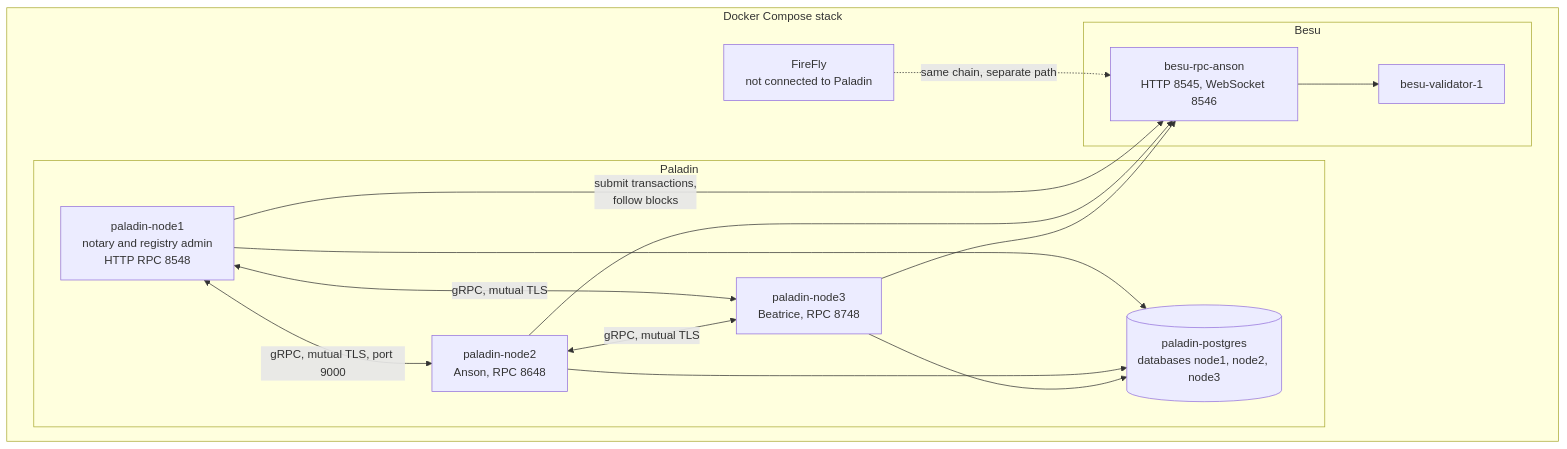
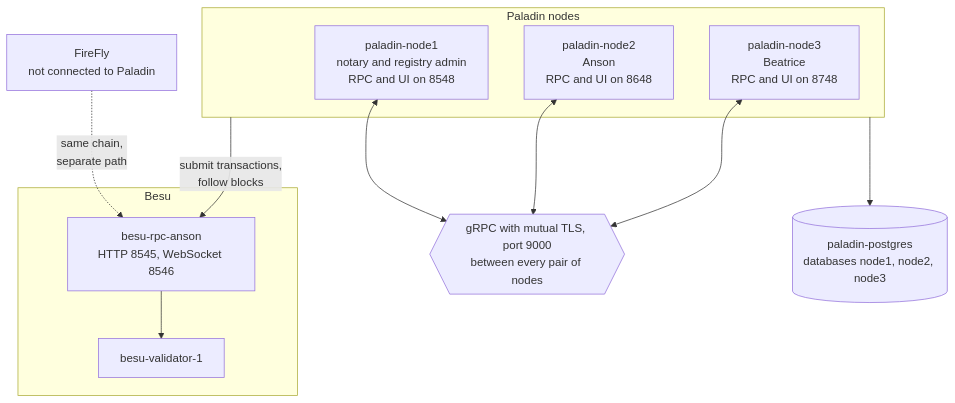
Before and after one commit to hohowin/besu-with-firefly: the first of 3 diagrams in docs/paladin-guide.md, drawn with Mermaid. The commit also changed other lines of this file and 9 other files, not shown here.

Commit message:
feat: Paladin UI on by default; Paladin guide diagrams fixed and Zeto/Pente added; Paladin domains document

````diff
--- a/docs/paladin-guide.md
+++ b/docs/paladin-guide.md
@@ -45,28 +64,23 @@
 ```mermaid
 flowchart TB
-  subgraph Host["Docker Compose stack"]
-    subgraph PAL["Paladin"]
-      N1["paladin-node1<br/>notary and registry admin<br/>HTTP RPC 8548"]
-      N2["paladin-node2<br/>Anson, RPC 8648"]
-      N3["paladin-node3<br/>Beatrice, RPC 8748"]
-      PG[("paladin-postgres<br/>databases node1, node2, node3")]
-    end
-    subgraph CHAIN["Besu"]
-      RPC["besu-rpc-anson<br/>HTTP 8545, WebSocket 8546"]
-      VAL["besu-validator-1"]
-    end
-    FF["FireFly<br/>not connected to Paladin"]
+  subgraph PAL["Paladin nodes"]
+    N1["paladin-node1<br/>notary and registry admin<br/>RPC and UI on 8548"]
+    N2["paladin-node2<br/>Anson<br/>RPC and UI on 8648"]
+    N3["paladin-node3<br/>Beatrice<br/>RPC and UI on 8748"]
   end
+  MESH{{"gRPC with mutual TLS, port 9000<br/>between every pair of nodes"}}
+  PG[("paladin-postgres<br/>databases node1, node2, node3")]
+  subgraph CHAIN["Besu"]
+    RPC["besu-rpc-anson<br/>HTTP 8545, WebSocket 8546"]
+    VAL["besu-validator-1"]
+  end
+  FF["FireFly<br/>not connected to Paladin"]
 
-  N1 <-->|"gRPC, mutual TLS, port 9000"| N2
-  N1 <-->|"gRPC, mutual TLS"| N3
-  N2 <-->|"gRPC, mutual TLS"| N3
-  N1 --> PG
-  N2 --> PG
-  N3 --> PG
-  N1 -->|"submit transactions,<br/>follow blocks"| RPC
-  N2 --> RPC
-  N3 --> RPC
+  N1 <--> MESH
+  N2 <--> MESH
+  N3 <--> MESH
+  PAL --> PG
+  PAL -->|"submit transactions,<br/>follow blocks"| RPC
   RPC --> VAL
-  FF -.->|"same chain, separate path"| RPC
+  FF -.->|"same chain,<br/>separate path"| RPC
 ```
````
